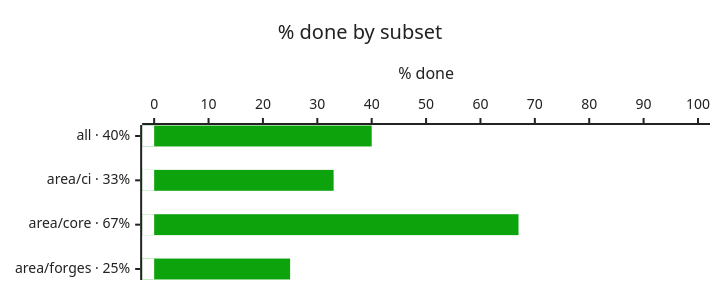
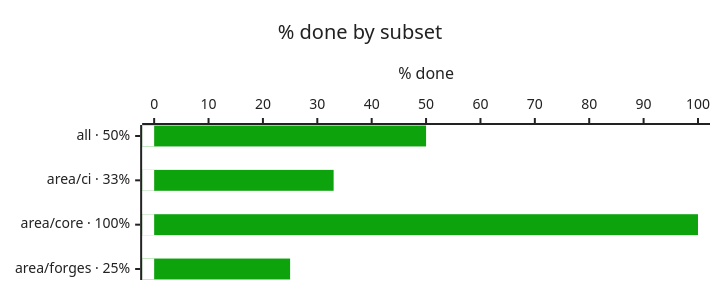
Before and after one commit to bvraghav/pmtrack: the first of 4 diagrams in progress/README.md, drawn with Mermaid. The commit also changed other lines of this file and 5 other files, not shown here.

````diff
--- a/progress/README.md
+++ b/progress/README.md
@@ -5,9 +5,9 @@
 ```mermaid
 %%{init: {"themeVariables": {"xyChart": {"backgroundColor": "#ffffff", "titleColor": "#222222", "plotColorPalette": "#0ca30c,#ffffff", "xAxisLabelColor": "#222222", "xAxisTitleColor": "#222222", "xAxisTickColor": "#222222", "xAxisLineColor": "#222222", "yAxisLabelColor": "#222222", "yAxisTitleColor": "#222222", "yAxisTickColor": "#222222", "yAxisLineColor": "#222222"}}, "xyChart": {"height": 270}}}%%
 xychart-beta horizontal
   title "% done by subset"
-  x-axis ["all · 40%", "area/ci · 33%", "area/core · 67%", "area/forges · 25%"]
+  x-axis ["all · 50%", "area/ci · 33%", "area/core · 100%", "area/forges · 25%"]
   y-axis "% done" 0 --> 100
-  bar [40, 33, 67, 25]
+  bar [50, 33, 100, 25]
   bar [0, 0, 0, 0]
 ```
````
